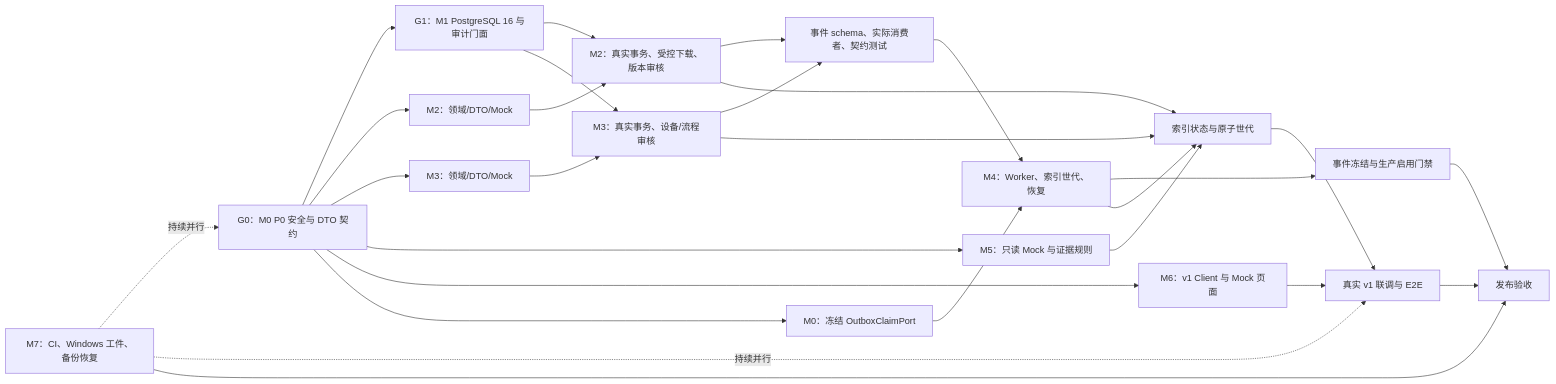
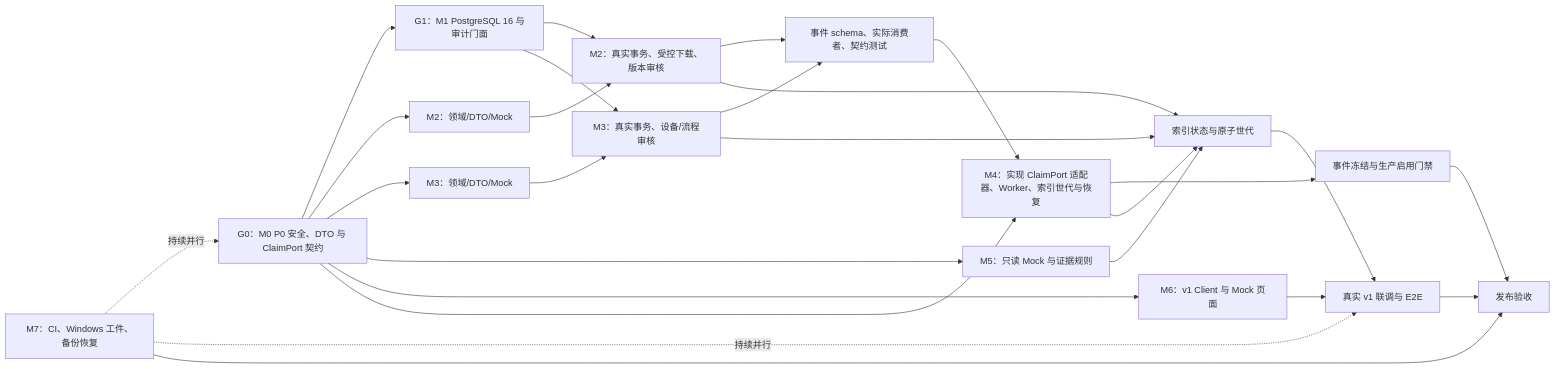
Before and after one commit to ShaneGIT666/Software-Cup-2026: the diagram in docs/design/follow-up-development-plan.md, drawn with Mermaid. The commit also changed other lines of this file and 33 other files, not shown here.

````diff
--- a/docs/design/follow-up-development-plan.md
+++ b/docs/design/follow-up-development-plan.md
@@ -36,29 +37,28 @@
 ```mermaid
 flowchart LR
-    G0["G0：M0 P0 安全与 DTO 契约"] --> G1["G1：M1 PostgreSQL 16 与审计门面"]
+    G0["G0：M0 P0 安全、DTO 与 ClaimPort 契约"] --> G1["G1：M1 PostgreSQL 16 与审计门面"]
     G0 --> M2Mock["M2：领域/DTO/Mock"]
     G0 --> M3Mock["M3：领域/DTO/Mock"]
     G0 --> M5Mock["M5：只读 Mock 与证据规则"]
     G0 --> M6Mock["M6：v1 Client 与 Mock 页面"]
     G1 --> M2["M2：真实事务、受控下载、版本审核"]
     G1 --> M3["M3：真实事务、设备/流程审核"]
     M2Mock --> M2
     M3Mock --> M3
-    G0 --> Claim["M0：冻结 OutboxClaimPort"]
-    Claim --> M4["M4：Worker、索引世代、恢复"]
+    G0 --> M4["M4：实现 ClaimPort 适配器、Worker、索引世代与恢复"]
     M2 --> Events["事件 schema、实际消费者、契约测试"]
     M3 --> Events
     Events --> M4
     M4 --> Enabled["事件冻结与生产启用门禁"]
     M2 --> M5["effective-only read ports"]
     M3 --> M5["effective-only read ports"]
     M4 --> M5["索引状态与原子世代"]
     M5Mock --> M5
     M5 --> M6["真实 v1 联调与 E2E"]
     M6Mock --> M6
     M7["M7：CI、Windows 工件、备份恢复"] -.->|持续并行| G0
     M7 -.->|持续并行| M6
     M6 --> Release["发布验收"]
     Enabled --> Release
     M7 --> Release
 ```
````
